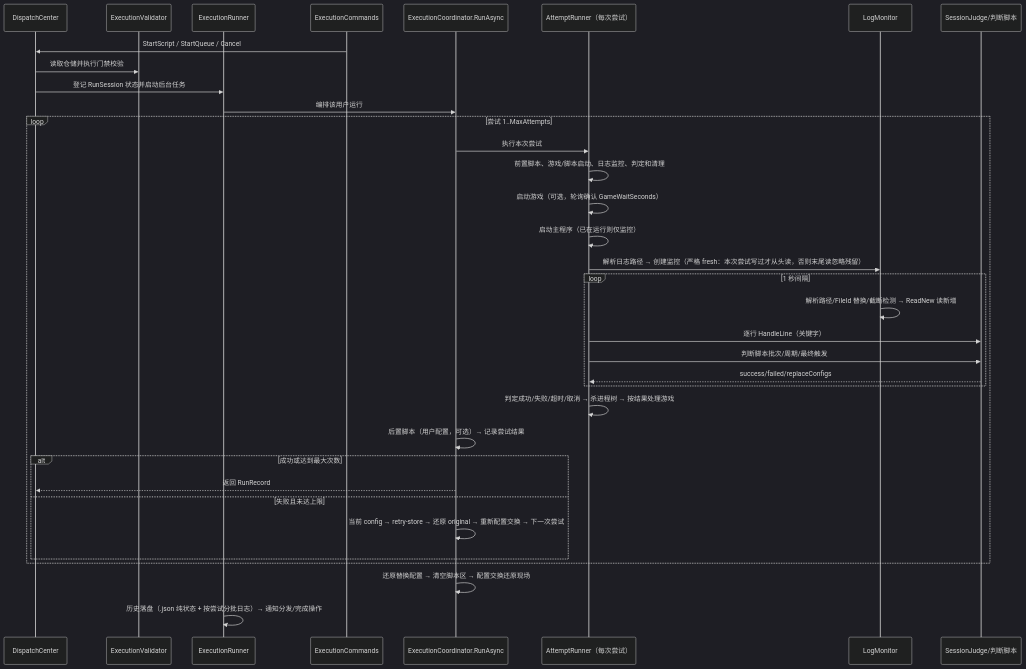
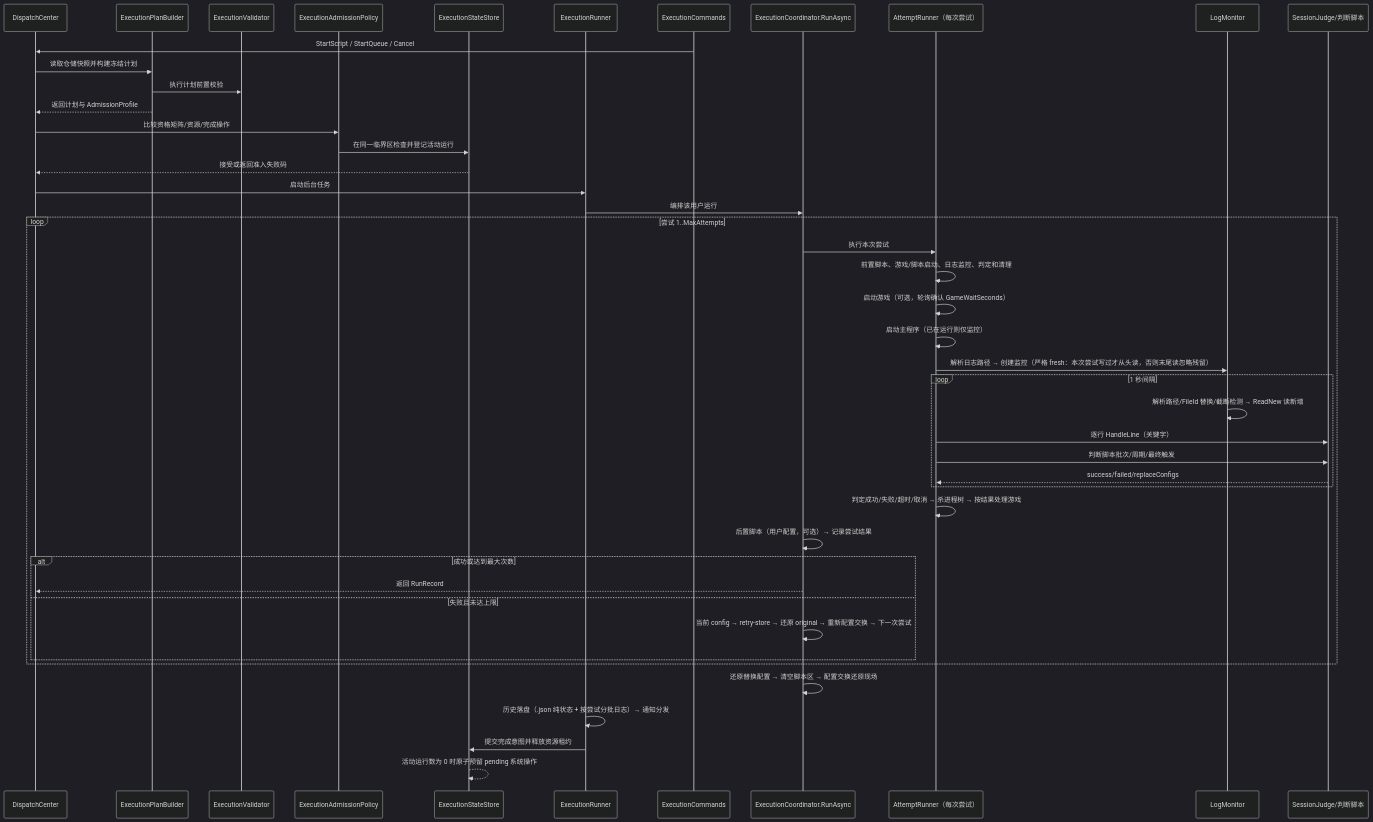
One commit to FlappiBakuse/NexusPipeline changed the first of 4 diagrams in docs/DESIGN.md. Above: the diagram before and after it, drawn with Mermaid (dark theme). The commit also changed other lines of this file and 25 other files, not shown here.

````diff
--- a/docs/DESIGN.md
+++ b/docs/DESIGN.md
@@ -63,38 +67,48 @@
 ```mermaid
 sequenceDiagram
     participant DC as DispatchCenter
+    participant P as ExecutionPlanBuilder
     participant V as ExecutionValidator
+    participant Q as ExecutionAdmissionPolicy
+    participant E as ExecutionStateStore
     participant R as ExecutionRunner
     participant C as ExecutionCommands
     participant S as ExecutionCoordinator.RunAsync
     participant A as AttemptRunner（每次尝试）
     participant M as LogMonitor
     participant J as SessionJudge/判断脚本
 
     C->>DC: StartScript / StartQueue / Cancel
-    DC->>V: 读取仓储并执行门禁校验
-    DC->>R: 登记 RunSession 状态并启动后台任务
+    DC->>P: 读取仓储快照并构建冻结计划
+    P->>V: 执行计划前置校验
+    P-->>DC: 返回计划与 AdmissionProfile
+    DC->>Q: 比较资格矩阵/资源/完成操作
+    Q->>E: 在同一临界区检查并登记活动运行
+    E-->>DC: 接受或返回准入失败码
+    DC->>R: 启动后台任务
     R->>S: 编排该用户运行
     loop 尝试 1..MaxAttempts
         S->>A: 执行本次尝试
         A->>A: 前置脚本、游戏/脚本启动、日志监控、判定和清理
         A->>A: 启动游戏（可选，轮询确认 GameWaitSeconds）
         A->>A: 启动主程序（已在运行则仅监控）
         A->>M: 解析日志路径 → 创建监控（严格 fresh：本次尝试写过才从头读，否则末尾读忽略残留）
         loop 1 秒间隔
             M->>M: 解析路径/FileId 替换/截断检测 → ReadNew 读新增
             A->>J: 逐行 HandleLine（关键字）
             A->>J: 判断脚本批次/周期/最终触发
             J-->>A: success/failed/replaceConfigs
         end
         A->>A: 判定成功/失败/超时/取消 → 杀进程树 → 按结果处理游戏
         S->>S: 后置脚本（用户配置，可选）→ 记录尝试结果
         alt 成功或达到最大次数
             S-->>DC: 返回 RunRecord
         else 失败且未达上限
             S->>S: 当前 config → retry-store → 还原 original → 重新配置交换 → 下一次尝试
         end
     end
     S->>S: 还原替换配置 → 清空脚本区 → 配置交换还原现场
-    R->>R: 历史落盘（.json 纯状态 + 按尝试分批日志）→ 通知分发/完成操作
+    R->>R: 历史落盘（.json 纯状态 + 按尝试分批日志）→ 通知分发
+    R->>E: 提交完成意图并释放资源租约
+    E-->>E: 活动运行数为 0 时原子预留 pending 系统操作
 ```
````
